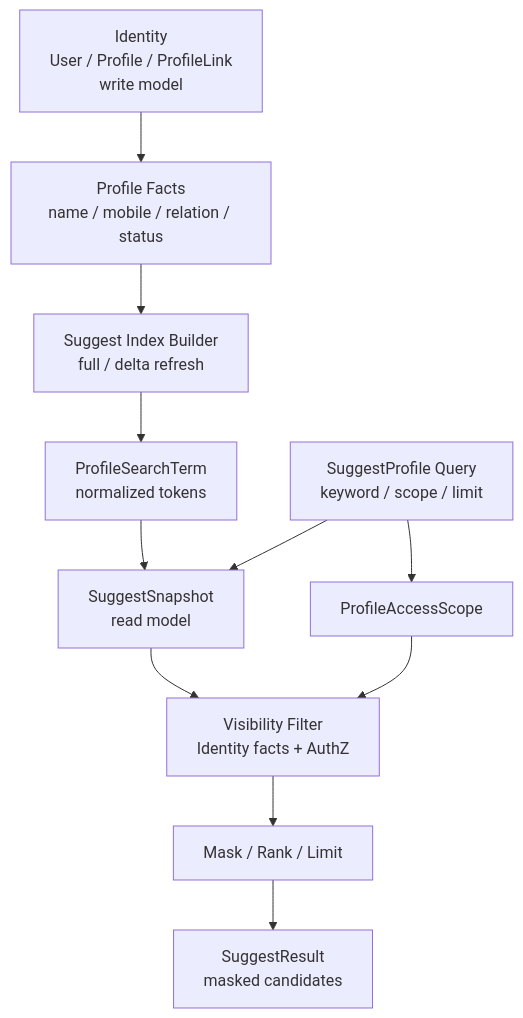
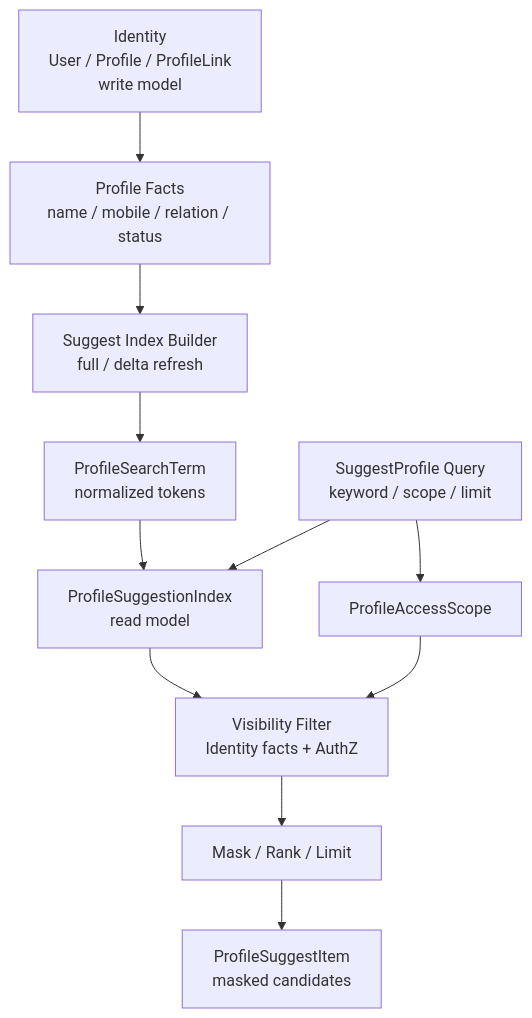
The diagram in docs/05-专题设计/06-Suggest为什么是读模型.md (FangcunMount/iam), drawn with Mermaid before and after one commit. The commit also changed other lines of this file and 45 other files, not shown here.

````diff
--- a/docs/05-专题设计/06-Suggest为什么是读模型.md
+++ b/docs/05-专题设计/06-Suggest为什么是读模型.md
@@ -76,24 +76,24 @@
 ```mermaid
 flowchart TD
     Identity["Identity\nUser / Profile / ProfileLink\nwrite model"]
     Facts["Profile Facts\nname / mobile / relation / status"]
     Builder["Suggest Index Builder\nfull / delta refresh"]
     Terms["ProfileSearchTerm\nnormalized tokens"]
-    Snapshot["SuggestSnapshot\nread model"]
+    Snapshot["ProfileSuggestionIndex\nread model"]
     Query["SuggestProfile Query\nkeyword / scope / limit"]
     Scope["ProfileAccessScope"]
     Visibility["Visibility Filter\nIdentity facts + AuthZ"]
     Mask["Mask / Rank / Limit"]
-    Result["SuggestResult\nmasked candidates"]
+    Result["ProfileSuggestItem\nmasked candidates"]
 
     Identity --> Facts
     Facts --> Builder
     Builder --> Terms
     Terms --> Snapshot
     Query --> Snapshot
     Query --> Scope
     Snapshot --> Visibility
     Scope --> Visibility
     Visibility --> Mask
     Mask --> Result
 ```
````
